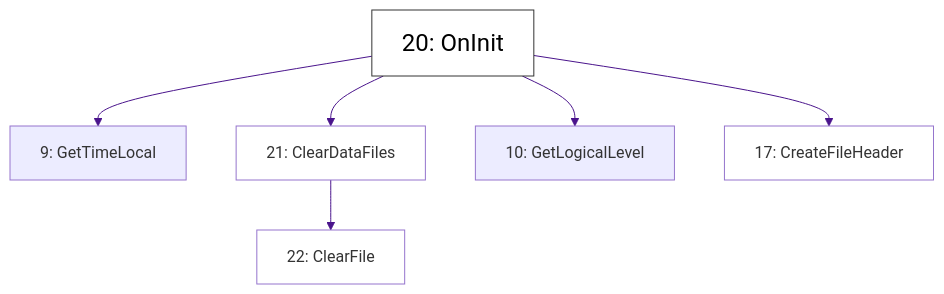
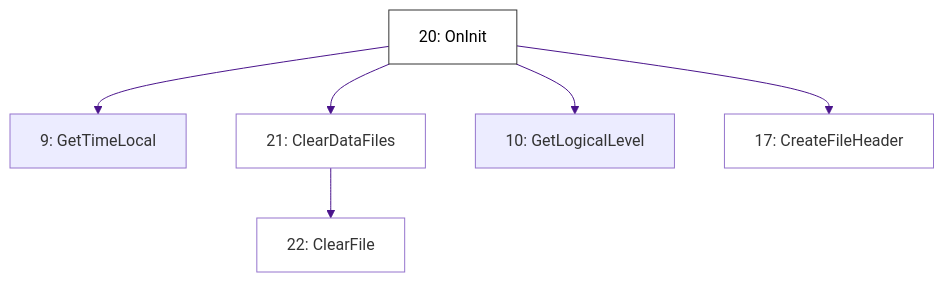
Before and after one commit to Galay007/Robo_hobo: the diagram in OnInit_v.0.0.1.mmd, drawn with Mermaid.

```diff
--- a/OnInit_v.0.0.1.mmd
+++ b/OnInit_v.0.0.1.mmd
@@ -1,18 +1,18 @@
 %%{init: {'theme': 'base', 'themeVariables': {'primaryColor':'#e3f2fd','primaryBorderColor':'#9575cd','lineColor':'#4a148c'}}}%%
 flowchart TD
 
     A[20: OnInit] --> B[9: GetTimeLocal]
     A --> C[21: ClearDataFiles]
     A --> D[10: GetLogicalLevel]
     A --> E[17: CreateFileHeader]
 
     C --> F[22: ClearFile]
 
     %% Стили для узлов
-    classDef init fill:white,color:black,font-size:24px,stroke:#333
+    classDef init fill:white,color:black,stroke:#333
     classDef default fill:white,stroke:#9575cd
     classDef not_void fill:#ECECFF,stroke:#9575cd
 
     class A init
     class C,E,F default
     class B,D not_void
```
